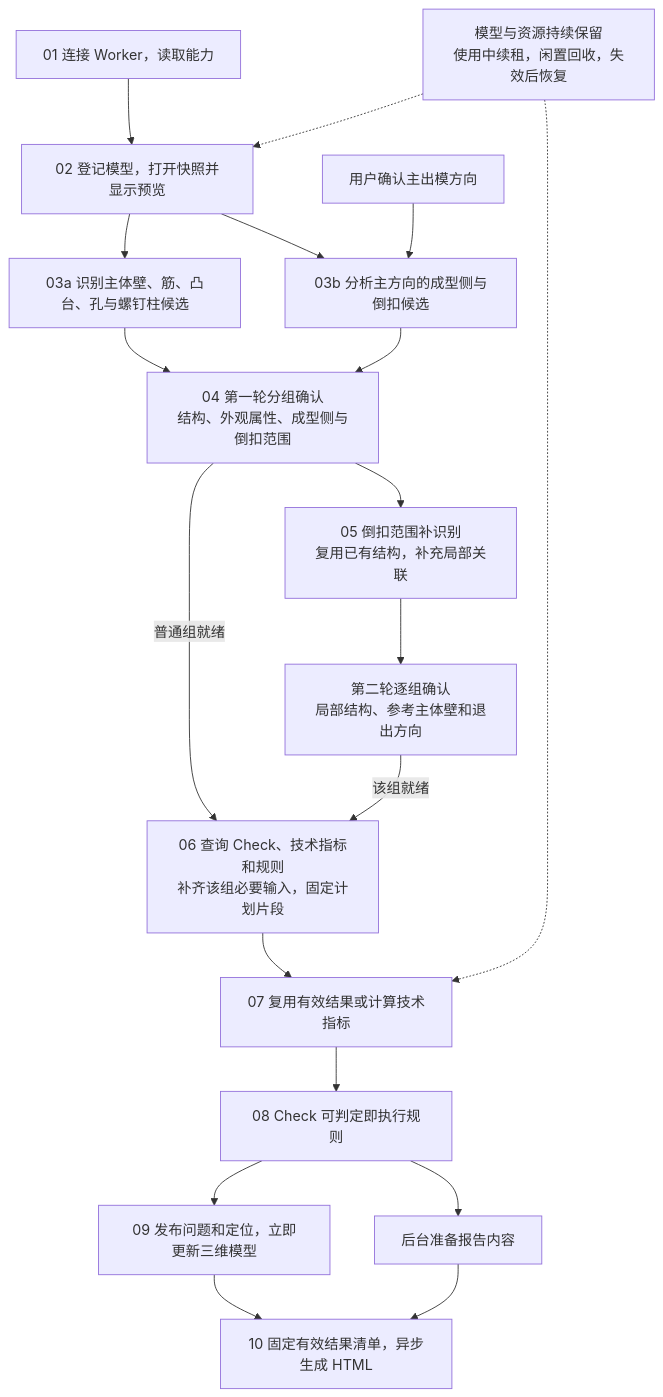
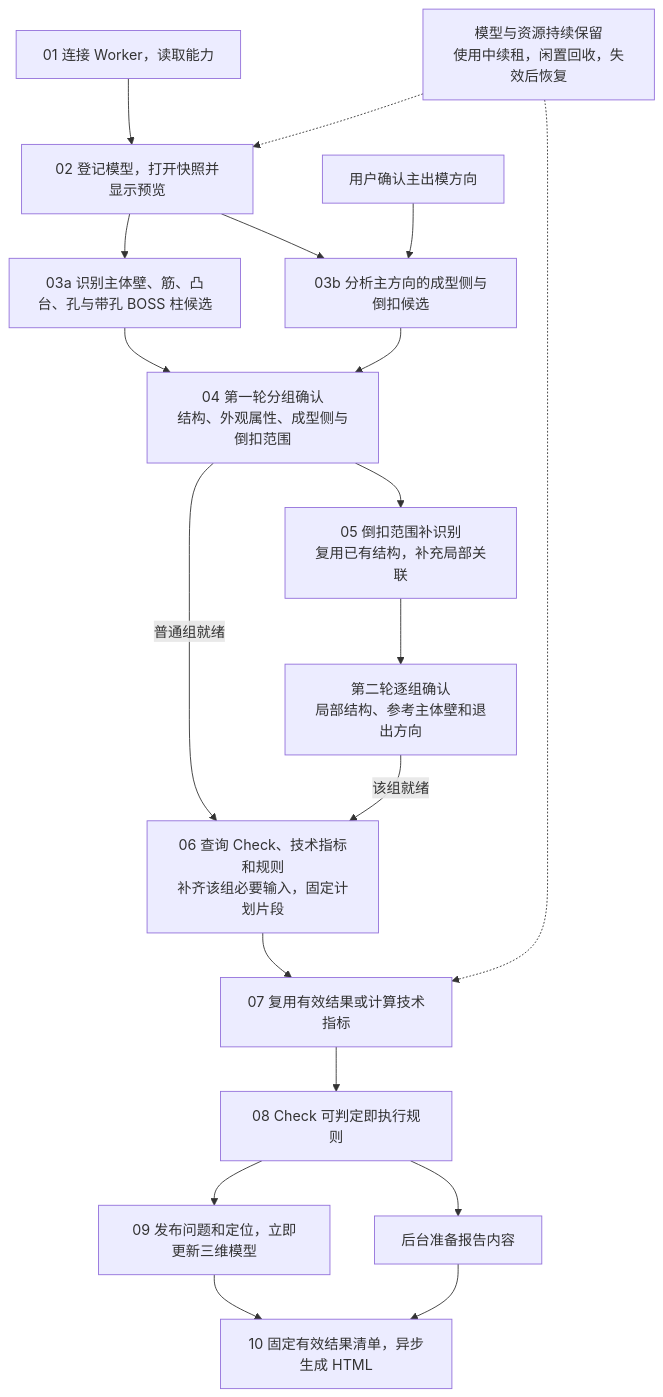
The diagram in docs/dfm/dfm-main-workflow-explained.md (mongo-hu/hermes-agent), drawn with Mermaid before and after one commit. The commit also changed other lines of this file and 23 other files, not shown here.

````diff
--- a/docs/dfm/dfm-main-workflow-explained.md
+++ b/docs/dfm/dfm-main-workflow-explained.md
@@ -7,21 +7,21 @@
 ```mermaid
 flowchart TB
     A["01 连接 Worker，读取能力"] --> B["02 登记模型，打开快照并显示预览"]
-    B --> C["03a 识别主体壁、筋、凸台、孔与螺钉柱候选"]
+    B --> C["03a 识别主体壁、筋、凸台、孔与带孔 BOSS 柱候选"]
     B --> D["03b 分析主方向的成型侧与倒扣候选"]
     U["用户确认主出模方向"] --> D
     C --> E["04 第一轮分组确认<br/>结构、外观属性、成型侧与倒扣范围"]
     D --> E
     E -->|普通组就绪| H["06 查询 Check、技术指标和规则<br/>补齐该组必要输入，固定计划片段"]
     E --> F["05 倒扣范围补识别<br/>复用已有结构，补充局部关联"]
     F --> G["第二轮逐组确认<br/>局部结构、参考主体壁和退出方向"]
     G -->|该组就绪| H
     H --> I["07 复用有效结果或计算技术指标"]
     I --> J["08 Check 可判定即执行规则"]
     J --> K["09 发布问题和定位，立即更新三维模型"]
     J --> L["后台准备报告内容"]
     K --> M["10 固定有效结果清单，异步生成 HTML"]
     L --> M
     S["模型与资源持续保留<br/>使用中续租，闲置回收，失效后恢复"] -.-> B
     S -.-> I
 ```
````
